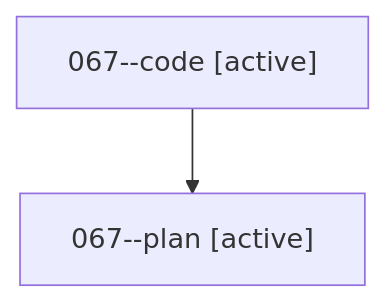
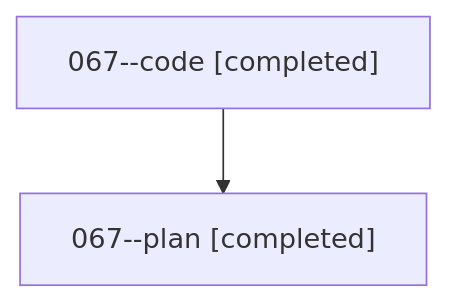
One commit to sase-org/sase--agents changed the diagram in families/bbugyi200.athena.067.md. Above: the diagram before and after it, drawn with Mermaid. The commit also changed other lines of this file and 18 other files, not shown here.

````diff
--- a/families/bbugyi200.athena.067.md
+++ b/families/bbugyi200.athena.067.md
@@ -9,6 +9,6 @@
 ```mermaid
 flowchart TD
-  n0["067--code [active]"]
-  n1["067--plan [active]"]
+  n0["067--code [completed]"]
+  n1["067--plan [completed]"]
   n0 --> n1
 ```
````
